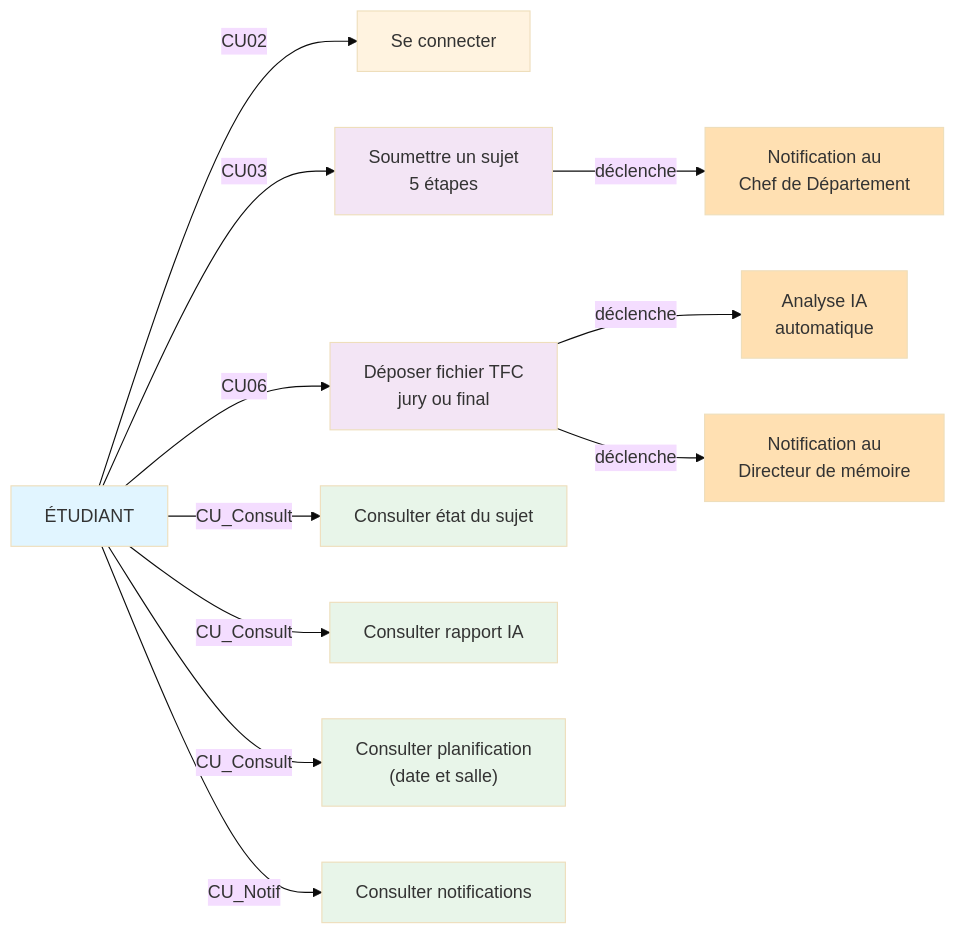
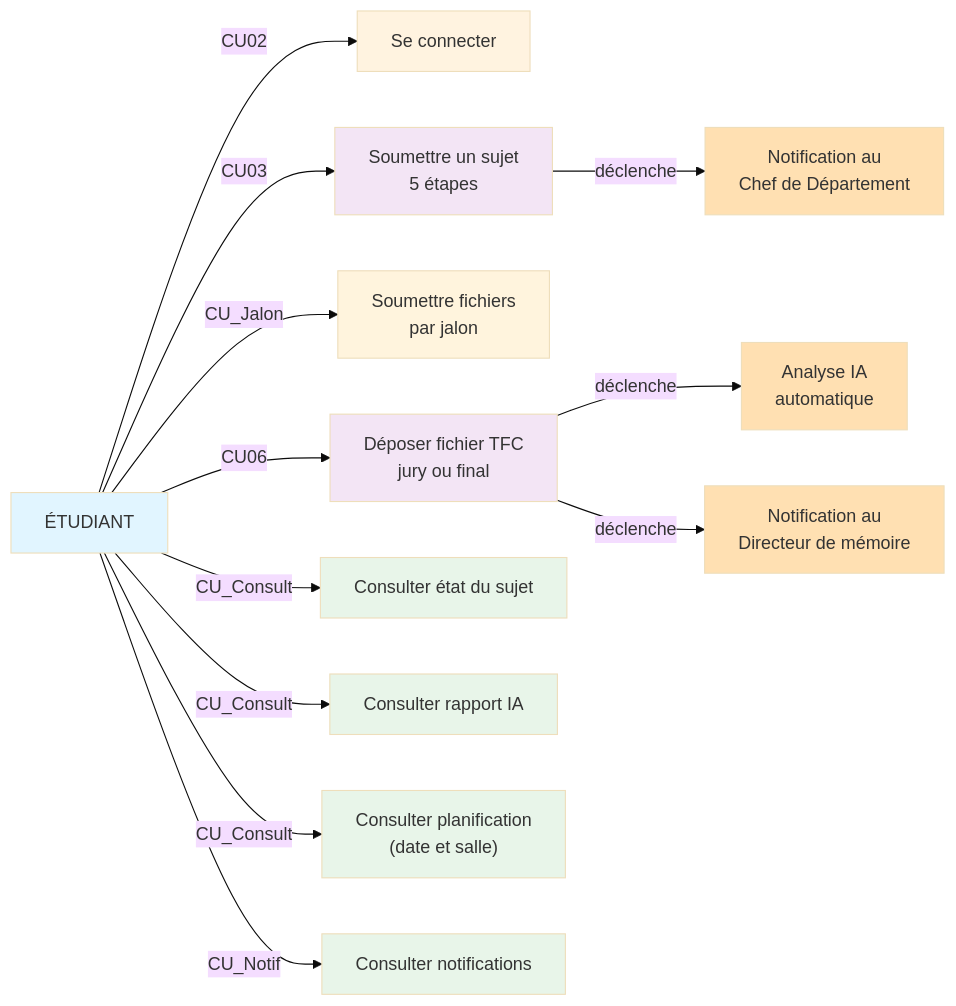
The third of 14 diagrams in DIAGRAMMES-DESCRIPTIONS.md (DavidMwangaza/TFC-Manager), drawn with Mermaid (base theme) before and after one commit. The commit also changed other lines of this file and 42 other files, not shown here.

````diff
--- a/DIAGRAMMES-DESCRIPTIONS.md
+++ b/DIAGRAMMES-DESCRIPTIONS.md
@@ -177,28 +183,29 @@
 ```mermaid
 graph LR
     Actor["ÉTUDIANT"]
     
     Actor -->|CU02| Connexion["Se connecter"]
     Actor -->|CU03| Soumettre["Soumettre un sujet<br/>5 étapes"]
+    Actor -->|CU_Jalon| Jalon["Soumettre fichiers<br/>par jalon"]
     Actor -->|CU06| Depot["Déposer fichier TFC<br/>jury ou final"]
     Actor -->|CU_Consult| EtatSujet["Consulter état du sujet"]
     Actor -->|CU_Consult| RapportIA["Consulter rapport IA"]
     Actor -->|CU_Consult| Planif["Consulter planification\n(date et salle)"]
     Actor -->|CU_Notif| Notifications["Consulter notifications"]
     
     Soumettre -->|déclenche| NotifCP["Notification au<br/>Chef de Département"]
     Depot -->|déclenche| AnalyseIA["Analyse IA<br/>automatique"]
     Depot -->|déclenche| NotifEnseignant["Notification au<br/>Directeur de mémoire"]
     
     style Actor fill:#e1f5ff
     style Connexion fill:#fff3e0
     style Soumettre fill:#f3e5f5
     style Depot fill:#f3e5f5
     style EtatSujet fill:#e8f5e9
     style RapportIA fill:#e8f5e9
     style Planif fill:#e8f5e9
     style Notifications fill:#e8f5e9
     style NotifCP fill:#ffe0b2
     style AnalyseIA fill:#ffe0b2
     style NotifEnseignant fill:#ffe0b2
 ```
````
